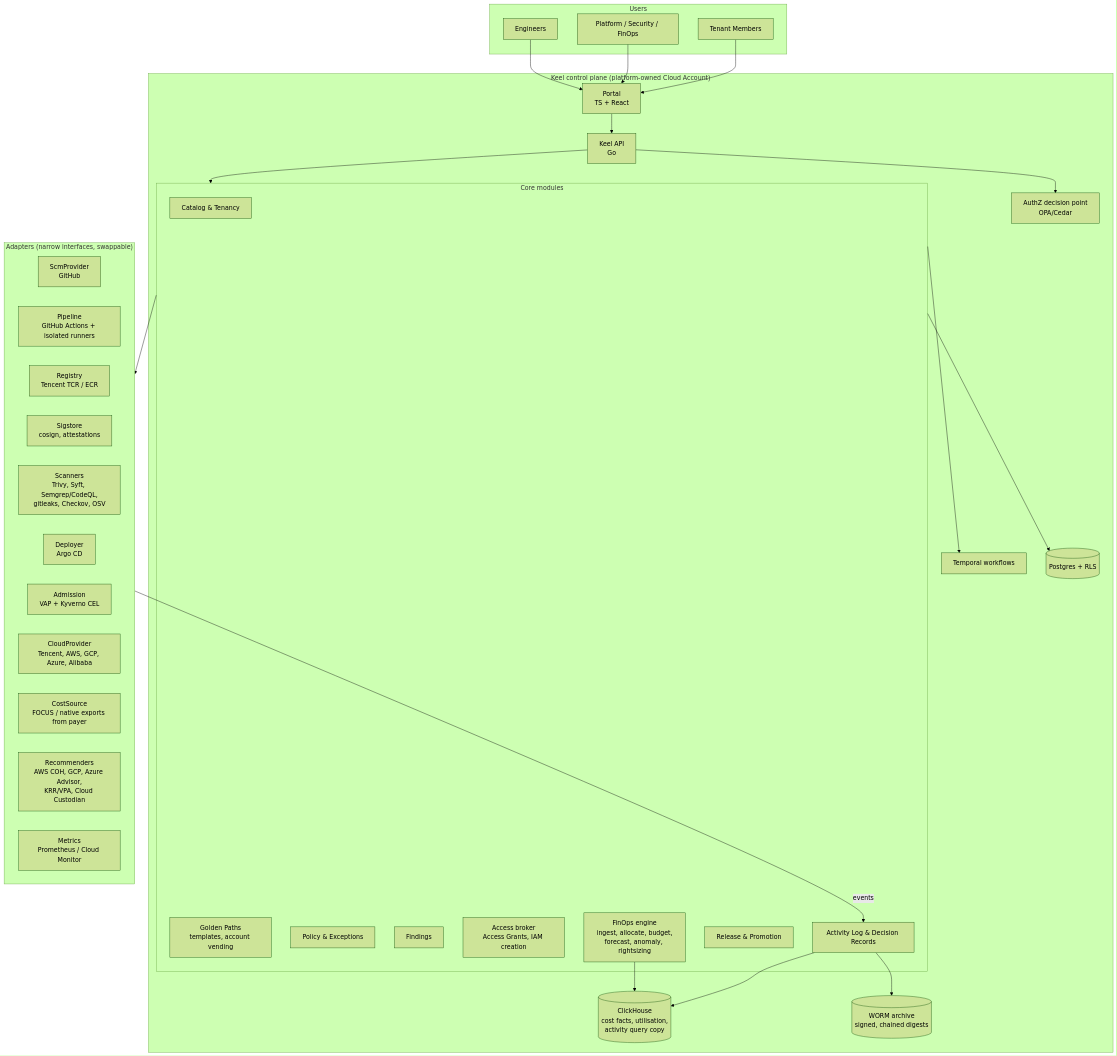
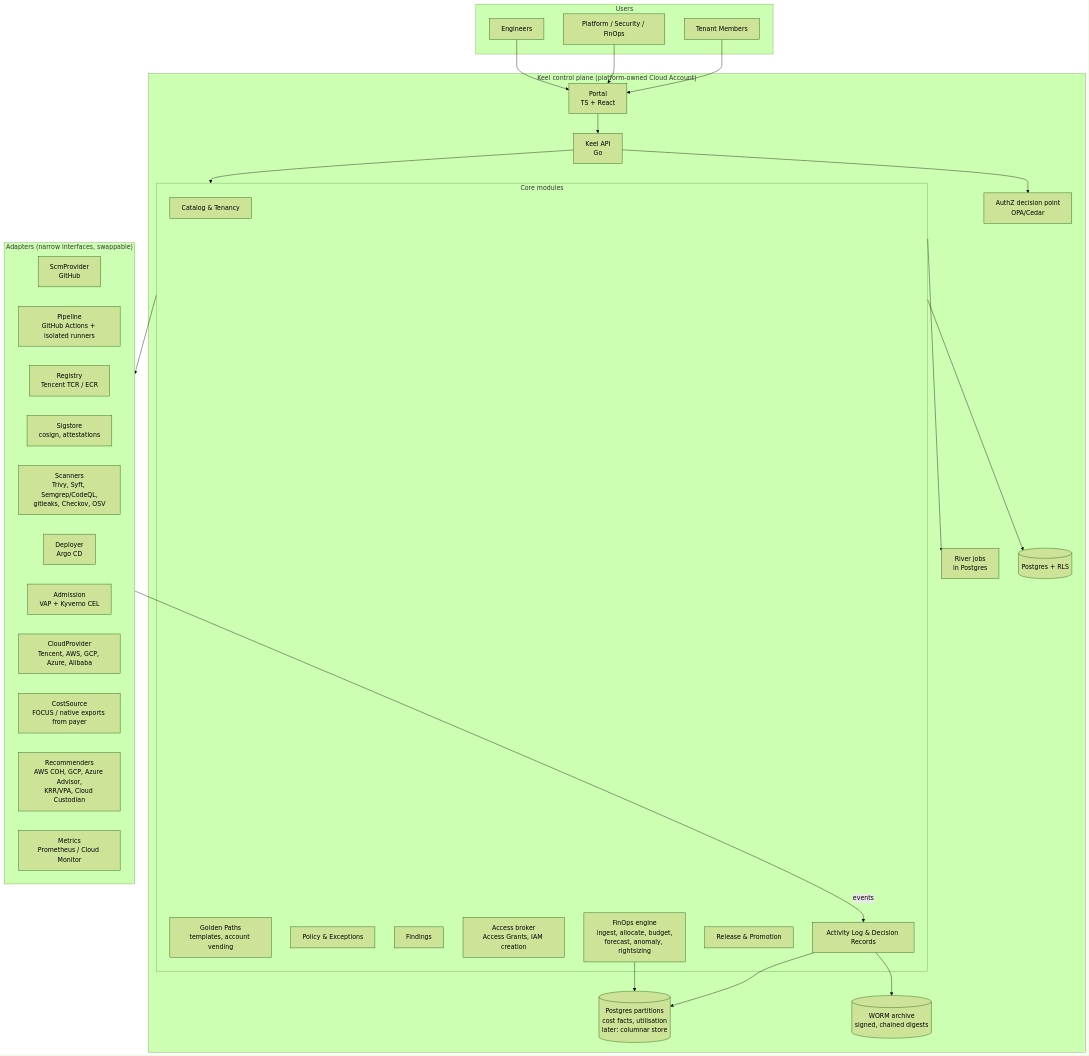
One commit to hx-thanadej/keel changed the second of 4 diagrams in docs/DESIGN.md. Above: the diagram before and after it, drawn with Mermaid (forest theme). The commit also changed other lines of this file and 26 other files, not shown here.

````diff
--- a/docs/DESIGN.md
+++ b/docs/DESIGN.md
@@ -113,54 +113,54 @@
 ```mermaid
 flowchart TB
     subgraph Users
       ENG[Engineers]
       TM[Tenant Members]
       OPS[Platform / Security / FinOps]
     end
 
     subgraph Keel["Keel control plane (platform-owned Cloud Account)"]
       PORTAL[Portal<br/>TS + React]
       API[Keel API<br/>Go]
       AUTHZ[AuthZ decision point<br/>OPA/Cedar]
       subgraph Core["Core modules"]
         CAT[Catalog & Tenancy]
         GP[Golden Paths<br/>templates, account vending]
         POL[Policy & Exceptions]
         FND[Findings]
         ACC[Access broker<br/>Access Grants, IAM creation]
         FIN[FinOps engine<br/>ingest, allocate, budget,<br/>forecast, anomaly, rightsizing]
         REL[Release & Promotion]
         REC[Activity Log & Decision Records]
       end
-      WF[Temporal workflows]
+      WF["River jobs<br/>in Postgres"]
       PG[(Postgres + RLS)]
-      CH[(ClickHouse<br/>cost facts, utilisation,<br/>activity query copy)]
+      CH[(Postgres partitions<br/>cost facts, utilisation<br/>later: columnar store)]
       WORM[(WORM archive<br/>signed, chained digests)]
     end
 
     subgraph Adapters["Adapters (narrow interfaces, swappable)"]
       SCM[ScmProvider<br/>GitHub]
       CI[Pipeline<br/>GitHub Actions + isolated runners]
       REG[Registry<br/>Tencent TCR / ECR]
       SIGN[Sigstore<br/>cosign, attestations]
       SCAN[Scanners<br/>Trivy, Syft, Semgrep/CodeQL,<br/>gitleaks, Checkov, OSV]
       GITOPS[Deployer<br/>Argo CD]
       ADM[Admission<br/>VAP + Kyverno CEL]
       CLOUD[CloudProvider<br/>Tencent, AWS, GCP, Azure, Alibaba]
       COST[CostSource<br/>FOCUS / native exports from payer]
       RECO[Recommenders<br/>AWS COH, GCP, Azure Advisor,<br/>KRR/VPA, Cloud Custodian]
       OBS[Metrics<br/>Prometheus / Cloud Monitor]
     end
 
     ENG & OPS --> PORTAL
     TM --> PORTAL
     PORTAL --> API --> AUTHZ
     API --> Core
     Core --> WF
     Core --> PG
     FIN --> CH
     REC --> CH
     REC --> WORM
     Core --> Adapters
     Adapters -- events --> REC
 ```
````
